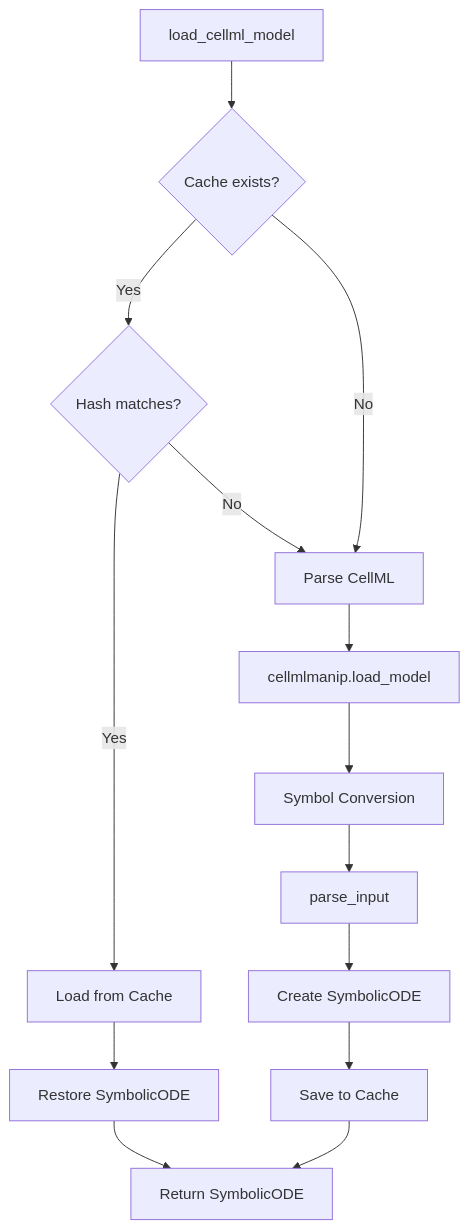
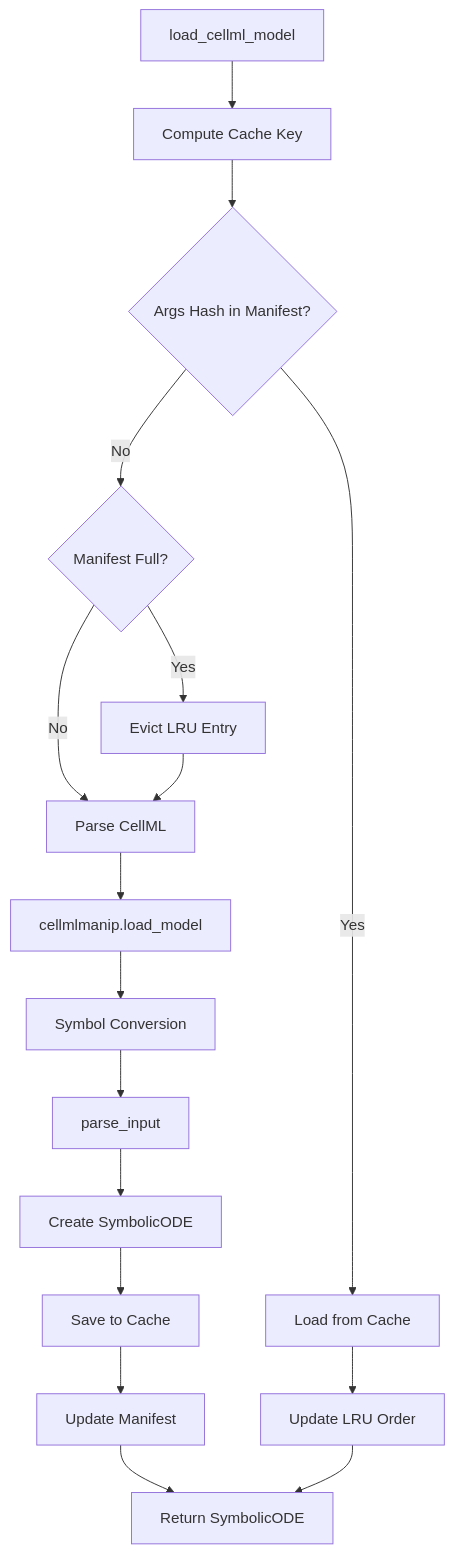
The first of 3 diagrams in .github/active_plans/cellml_object_caching/human_overview.md (ccam80/cubie), drawn with Mermaid before and after one commit. The commit also changed other lines of this file and 7 other files, not shown here.

Commit message:
feat: implement LRU cache with argument-based keys for CellML caching

````diff
--- a/.github/active_plans/cellml_object_caching/human_overview.md
+++ b/.github/active_plans/cellml_object_caching/human_overview.md
@@ -47,16 +55,19 @@
 ```mermaid
 graph TD
-    A[load_cellml_model] --> B{Cache exists?}
-    B -->|Yes| C{Hash matches?}
+    A[load_cellml_model] --> B[Compute Cache Key]
+    B --> C{Args Hash in Manifest?}
     C -->|Yes| D[Load from Cache]
-    C -->|No| E[Parse CellML]
-    B -->|No| E
-    E --> F[cellmlmanip.load_model]
-    F --> G[Symbol Conversion]
-    G --> H[parse_input]
-    H --> I[Create SymbolicODE]
-    I --> J[Save to Cache]
-    D --> K[Restore SymbolicODE]
-    J --> L[Return SymbolicODE]
-    K --> L
+    C -->|No| E{Manifest Full?}
+    E -->|Yes| F[Evict LRU Entry]
+    E -->|No| G[Parse CellML]
+    F --> G
+    G --> H[cellmlmanip.load_model]
+    H --> I[Symbol Conversion]
+    I --> J[parse_input]
+    J --> K[Create SymbolicODE]
+    K --> L[Save to Cache]
+    L --> M[Update Manifest]
+    D --> N[Update LRU Order]
+    M --> O[Return SymbolicODE]
+    N --> O
 ```
````
